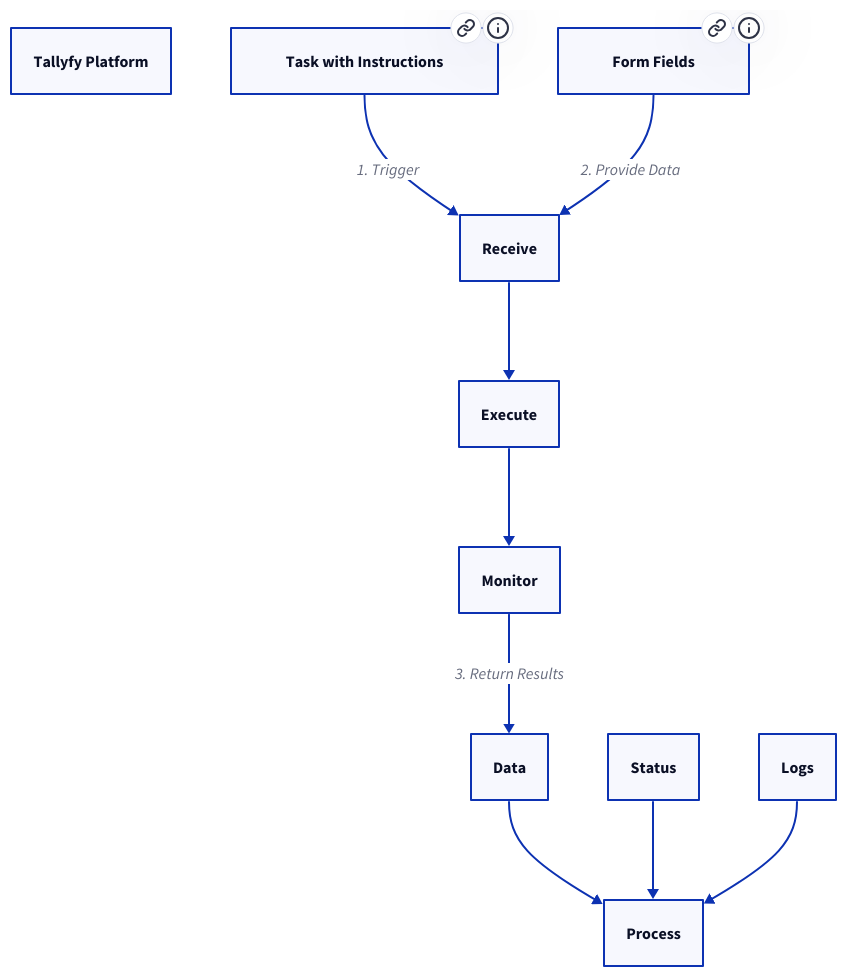
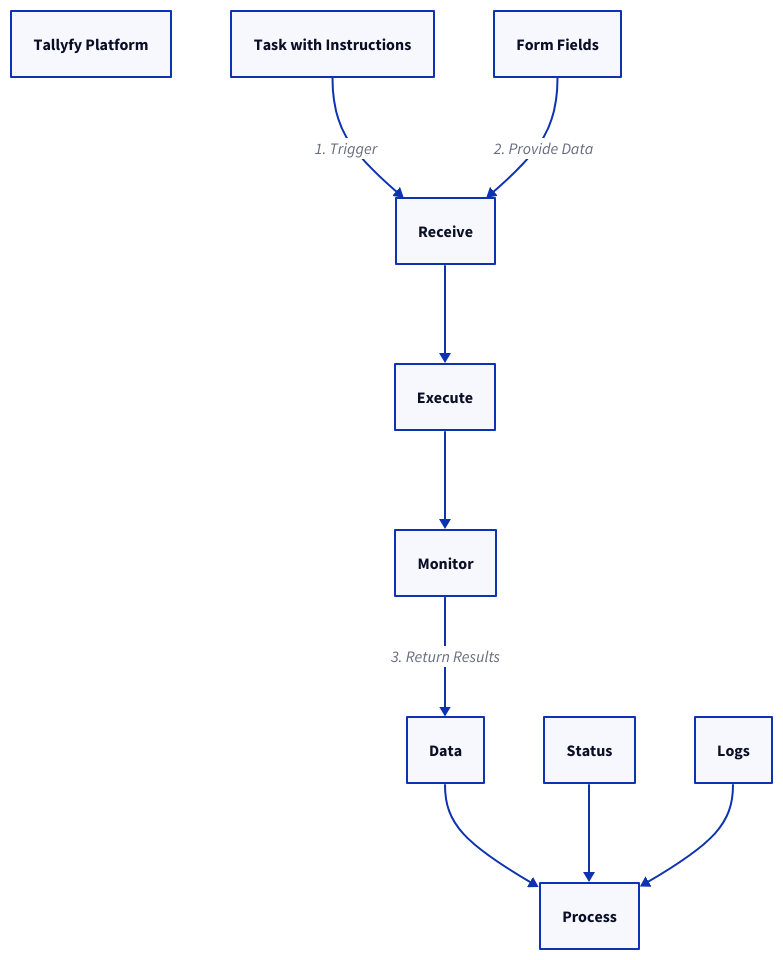
Before and after one commit to tallyfy/documentation: the third of 3 diagrams in src/content/docs/pro/integrations/computer-ai-agents/local-computer-use-agents.mdx, drawn with D2. The commit also changed other lines of this file and 35 other files, not shown here.

First line of the commit message:
Remove .link and .tooltip properties from D2 diagrams

````diff
--- a/src/content/docs/pro/integrations/computer-ai-agents/local-computer-use-agents.mdx
+++ b/src/content/docs/pro/integrations/computer-ai-agents/local-computer-use-agents.mdx
@@ -554,24 +550,20 @@
 ```d2
 Data: "Data"
 Execute: "Execute"
 Logs: "Logs"
 Monitor: "Monitor"
 Process: "Process"
 Receive: "Receive"
 Status: "Status"
 Tallyfy: "Tallyfy Platform"
 Task: "Task with Instructions"
 Forms: "Form Fields"
 Task -> Receive: "1. Trigger"
 Forms -> Receive: "2. Provide Data"
 Receive -> Execute
 Execute -> Monitor
 Monitor -> Data: "3. Return Results"
 Data -> Process
 Status -> Process
 Logs -> Process
-Task.link: "/products/pro/tracking-and-tasks/tasks/index/"
-Task.tooltip: "Learn about Tallyfy tasks"
-Forms.link: "/products/pro/tracking-and-tasks/tasks/what-are-form-fields-in-tallyfy/"
-Forms.tooltip: "Form fields documentation"
 ```
````
